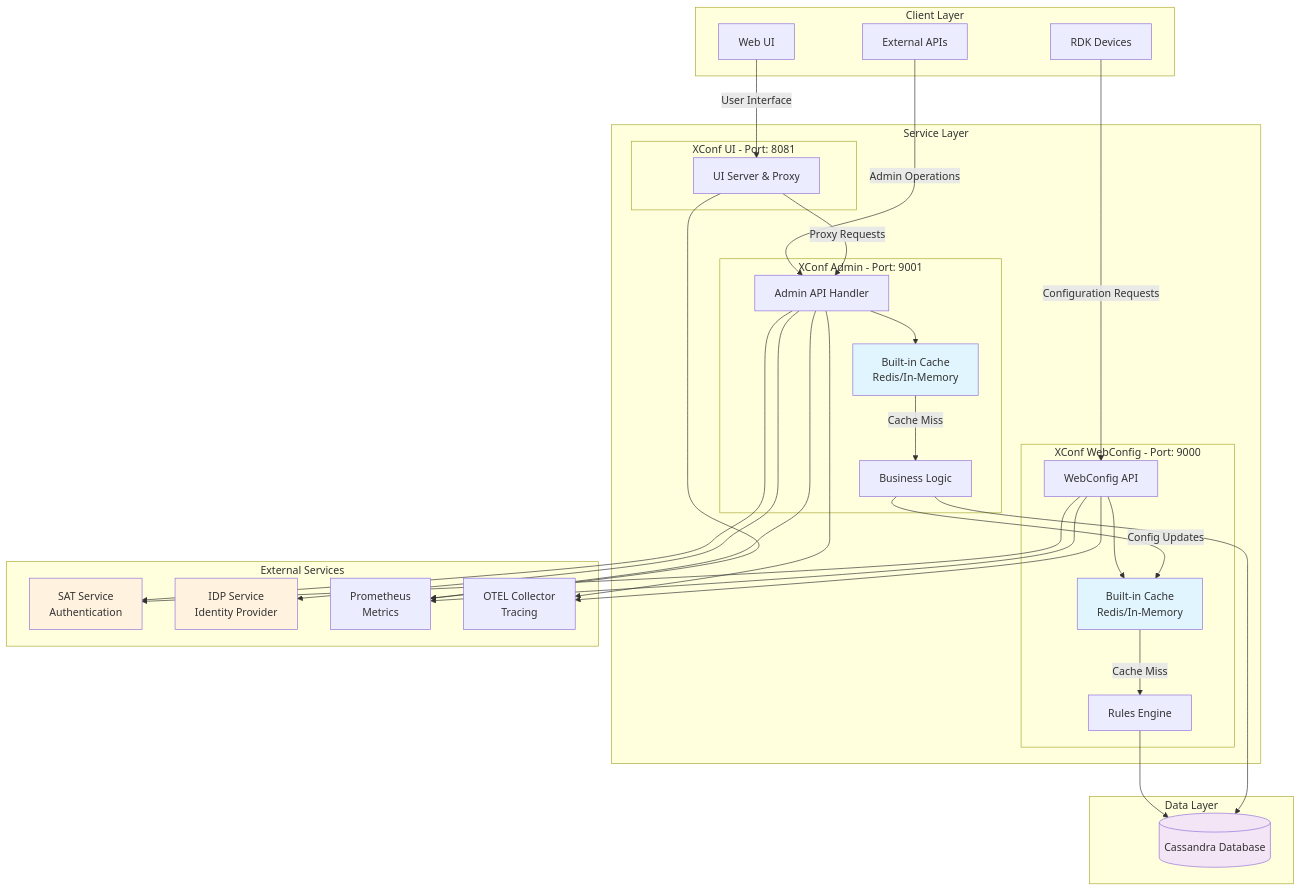
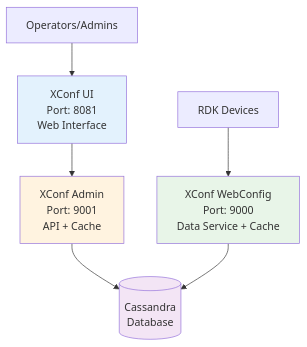
The first of 2 diagrams in docs/architecture.md (rdkcentral/xconfadmin), drawn with Mermaid before and after one commit. The commit also changed other lines of this file, not shown here.

````diff
--- a/docs/architecture.md
+++ b/docs/architecture.md
@@ -5,70 +5,27 @@
 ```mermaid
 graph TB
-    subgraph "Client Layer"
-        RDK[RDK Devices]
-        UI[Web UI]
-        API[External APIs]
-    end
+    %% Clients
+    RDK[RDK Devices] 
+    Operators[Operators/Admins]
     
-    subgraph "Service Layer"
-        subgraph "XConf Admin - Port: 9001"
-            AdminAPI[Admin API Handler]
-            AdminCache[Built-in Cache<br/>Redis/In-Memory]
-            AdminLogic[Business Logic]
-        end
-        
-        subgraph "XConf WebConfig - Port: 9000"
-            WebAPI[WebConfig API]
-            WebCache[Built-in Cache<br/>Redis/In-Memory]
-            RulesEngine[Rules Engine]
-        end
-        
-        subgraph "XConf UI - Port: 8081"
-            UIServer[UI Server & Proxy]
-        end
-    end
+    %% XConf Services
+    UI[XConf UI<br/>Port: 8081<br/>Web Interface]
+    Admin[XConf Admin<br/>Port: 9001<br/>API + Cache]
+    WebConfig[XConf WebConfig<br/>Port: 9000<br/>Data Service + Cache]
     
-    subgraph "Data Layer"
-        Cassandra[(Cassandra Database)]
-    end
+    %% Database
+    DB[(Cassandra<br/>Database)]
     
-    subgraph "External Services"
-        SAT[SAT Service<br/>Authentication]
-        IDP[IDP Service<br/>Identity Provider]
-        Metrics[Prometheus<br/>Metrics]
-        Tracing[OTEL Collector<br/>Tracing]
-    end
+    %% Flow
+    RDK --> WebConfig
+    Operators --> UI
+    UI --> Admin
+    Admin --> DB
+    WebConfig --> DB
     
-    RDK -->|Configuration Requests| WebAPI
-    UI -->|User Interface| UIServer
-    API -->|Admin Operations| AdminAPI
-    
-    UIServer -->|Proxy Requests| AdminAPI
-    
-    WebAPI --> WebCache
-    WebCache -->|Cache Miss| RulesEngine
-    RulesEngine --> Cassandra
-    
-    AdminAPI --> AdminCache
-    AdminCache -->|Cache Miss| AdminLogic
-    AdminLogic --> Cassandra
-    
-    AdminLogic -->|Config Updates| WebCache
-    
-    AdminAPI --> SAT
-    AdminAPI --> IDP
-    WebAPI --> SAT
-    
-    AdminAPI --> Metrics
-    WebAPI --> Metrics
-    UIServer --> Metrics
-    
-    AdminAPI --> Tracing
-    WebAPI --> Tracing
-    
-    style AdminCache fill:#e1f5fe
-    style WebCache fill:#e1f5fe
-    style Cassandra fill:#f3e5f5
-    style SAT fill:#fff3e0
-    style IDP fill:#fff3e0
+    %% Styling
+    style UI fill:#e3f2fd
+    style Admin fill:#fff3e0
+    style WebConfig fill:#e8f5e8
+    style DB fill:#f3e5f5
 ```
````
